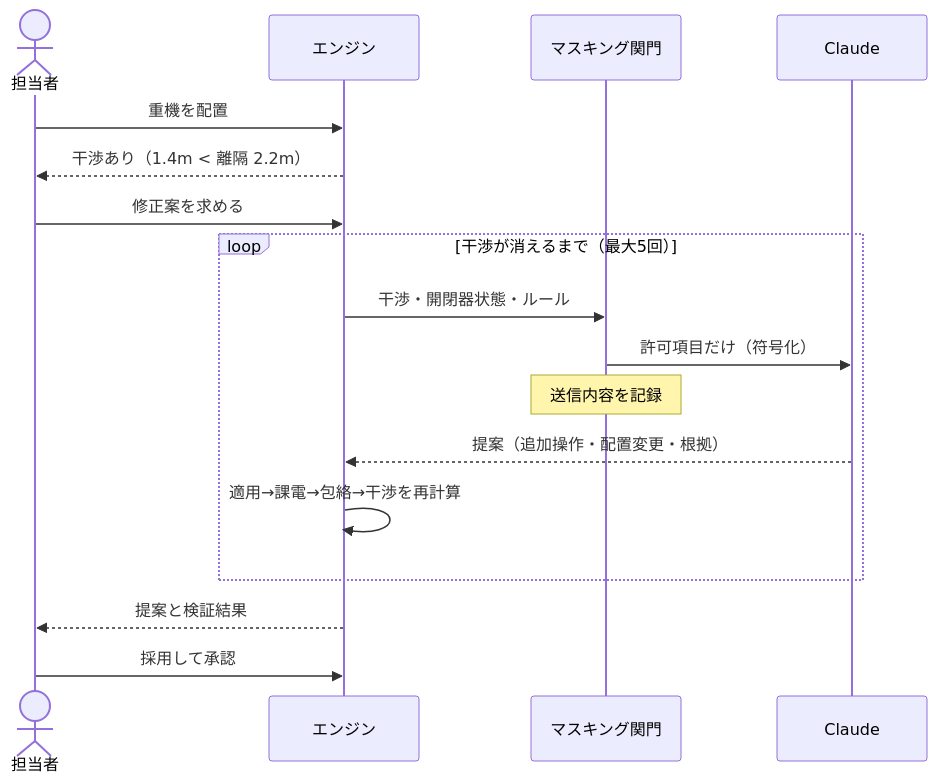
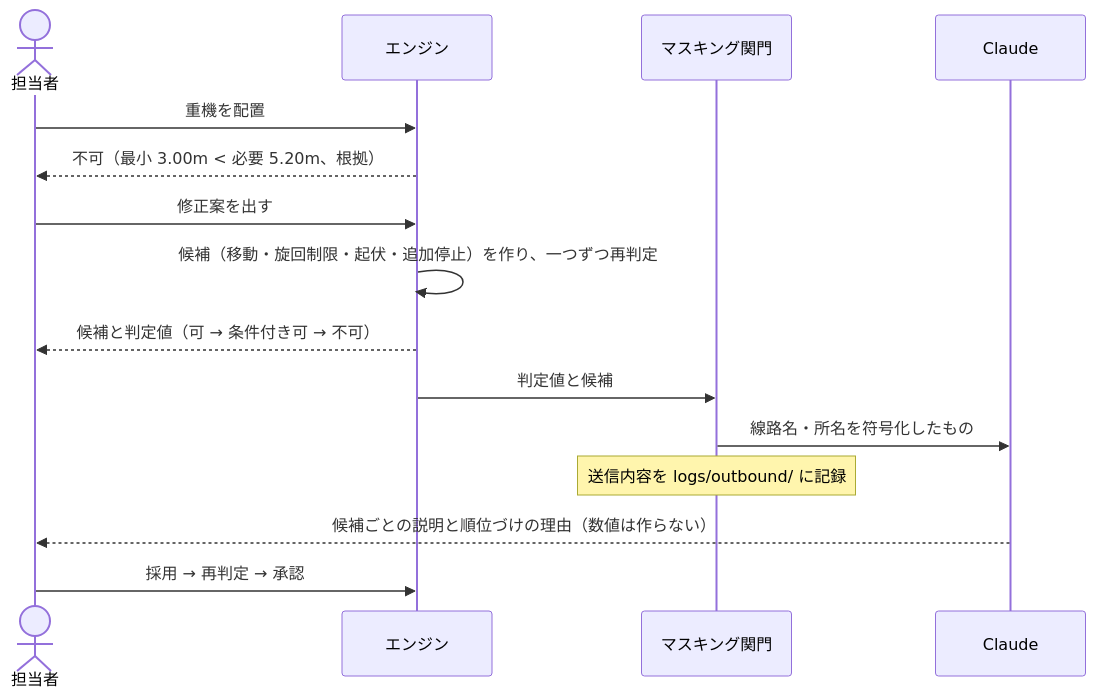
One commit to Daxion1578/Minimum-Approach-Area-Indicator changed the second of 2 diagrams in docs/architecture.md. Above: the diagram before and after it, drawn with Mermaid. The commit also changed other lines of this file and 5 other files, not shown here.

First line of the commit message:
README、動画台本（3 分の秒割り）、仕様 §7/§8/§15 と仕組み図を実装に合わせる。STATUS/TASKS 更新

````diff
--- a/docs/architecture.md
+++ b/docs/architecture.md
@@ -40,19 +40,17 @@
 ```mermaid
 sequenceDiagram
   actor U as 担当者
   participant E as エンジン
   participant M as マスキング関門
   participant C as Claude
   U->>E: 重機を配置
-  E-->>U: 干渉あり（1.4m < 離隔 2.2m）
-  U->>E: 修正案を求める
-  loop 干渉が消えるまで（最大5回）
-    E->>M: 干渉・開閉器状態・ルール
-    M->>C: 許可項目だけ（符号化）
-    Note over M: 送信内容を記録
-    C-->>E: 提案（追加操作・配置変更・根拠）
-    E->>E: 適用→課電→包絡→干渉を再計算
-  end
-  E-->>U: 提案と検証結果
-  U->>E: 採用して承認
+  E-->>U: 不可（最小 3.00m < 必要 5.20m、根拠）
+  U->>E: 修正案を出す
+  E->>E: 候補（移動・旋回制限・起伏・追加停止）を作り、一つずつ再判定
+  E-->>U: 候補と判定値（可 → 条件付き可 → 不可）
+  E->>M: 判定値と候補
+  M->>C: 線路名・所名を符号化したもの
+  Note over M: 送信内容を logs/outbound/ に記録
+  C-->>U: 候補ごとの説明と順位づけの理由（数値は作らない）
+  U->>E: 採用 → 再判定 → 承認
 ```
````
